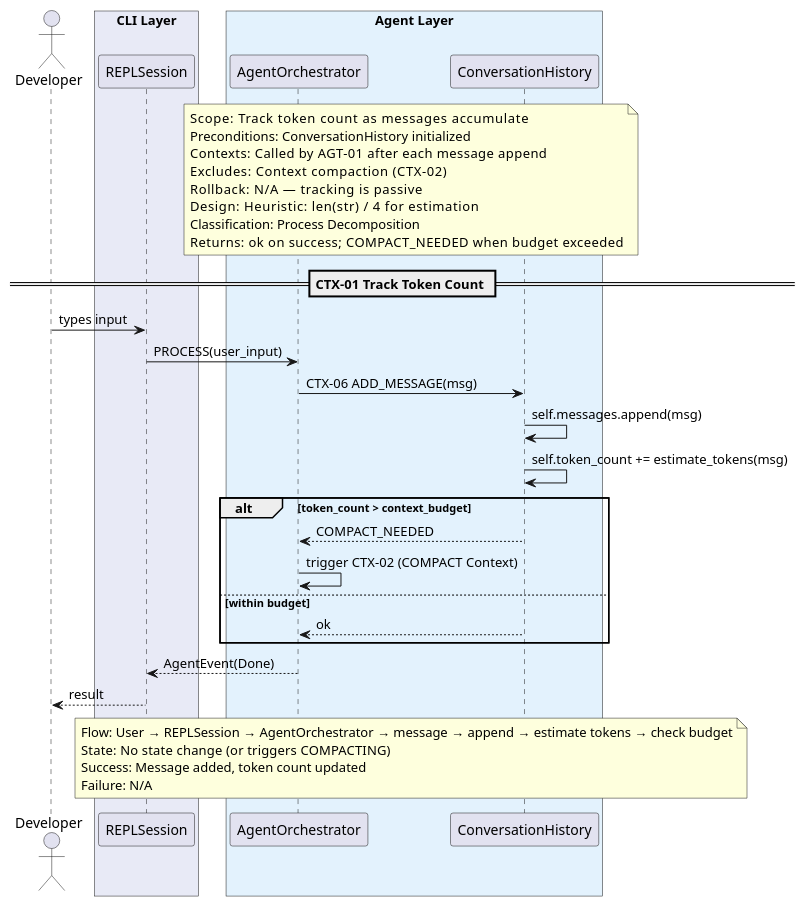
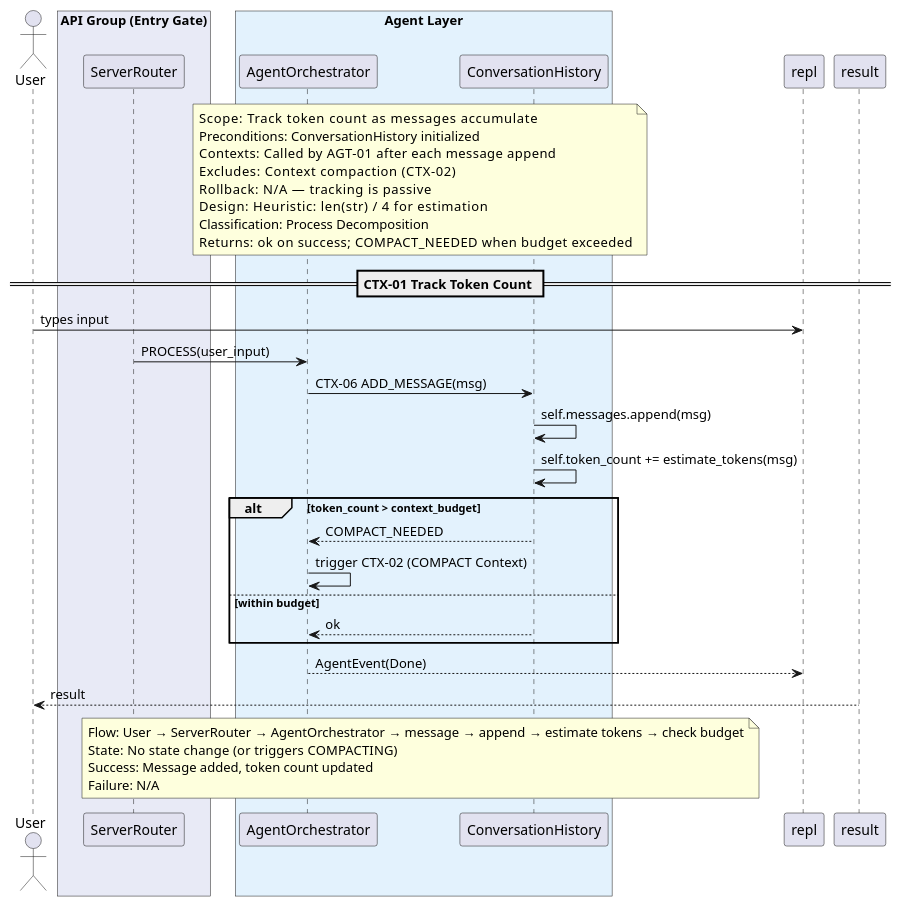
Before and after one commit to salimnamvar/nasim: the diagram in docs/SQ/CTX/sq_ctx06_track_token_budget.puml, drawn with PlantUML. The commit also changed 163 other files, not shown here.

First line of the commit message:
docs: Refactor UC diagrams and documentation for API-First transformation

```diff
--- a/docs/SQ/CTX/sq_ctx06_track_token_budget.puml
+++ b/docs/SQ/CTX/sq_ctx06_track_token_budget.puml
@@ -1,58 +1,58 @@
 @startuml sq_ctx06_track_token_budget
 ' ============================================================
 ' Title:     CTX-06 — Track Token Budget
 ' Boundary:  nasim code agent CLI
 ' Purpose:   Track token count as messages are added
 ' Milestone: v1.0
-' Version:   2.0.0
-' Source:    docs/UC/README.md
+' Version:   7.0.0
+' Source:    CAR refinement loop — API-First transformation
 ' Review:    —
 ' ============================================================
 
-actor "Developer" as user
+actor "User" as user
 
-box "CLI Layer" #E8EAF6
-  participant "REPLSession" as repl
+box "API Group (Entry Gate)" #E8EAF6
+  participant "ServerRouter" as router
 end box
 box "Agent Layer" #E3F2FD
   participant "AgentOrchestrator" as agent
   participant "ConversationHistory" as history
 end box
 
 note over agent, history
   Scope:          Track token count as messages accumulate
   Preconditions:  ConversationHistory initialized
   Contexts:       Called by AGT-01 after each message append
   Excludes:       Context compaction (CTX-02)
   Rollback:       N/A — tracking is passive
   Design:         Heuristic: len(str) / 4 for estimation
   Classification: Process Decomposition
   Returns:        ok on success; COMPACT_NEEDED when budget exceeded
 end note
 
 == CTX-01 Track Token Count ==
 
 user -> repl : types input
-repl -> agent : PROCESS(user_input)
+router -> agent : PROCESS(user_input)
 agent -> history : CTX-06 ADD_MESSAGE(msg)
 history -> history : self.messages.append(msg)
 history -> history : self.token_count += estimate_tokens(msg)
 
 alt token_count > context_budget
     history --> agent : COMPACT_NEEDED
     agent -> agent : trigger CTX-02 (COMPACT Context)
 else within budget
     history --> agent : ok
 end
 
 agent --> repl : AgentEvent(Done)
-repl --> user : result
+result --> user : result
 
 note over agent, history
-  Flow:    User → REPLSession → AgentOrchestrator → message → append → estimate tokens → check budget
+  Flow:    User → ServerRouter → AgentOrchestrator → message → append → estimate tokens → check budget
   State:   No state change (or triggers COMPACTING)
   Success: Message added, token count updated
   Failure: N/A
 end note
 
 @enduml
```
